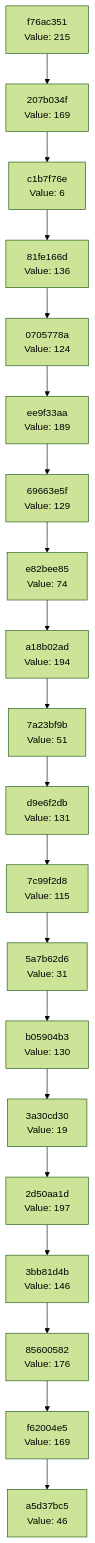
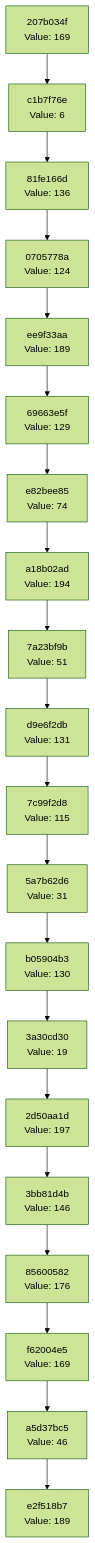
One commit to Abhisheksinha1506/hash-chain-evolver changed the diagram in docs/CHAIN_VISUALIZATION.md. Above: the diagram before and after it, drawn with Mermaid (forest theme). The commit also changed 3 other files, not shown here.

````diff
--- a/docs/CHAIN_VISUALIZATION.md
+++ b/docs/CHAIN_VISUALIZATION.md
@@ -3,42 +3,42 @@
 ```mermaid
 graph TD
-    C0["a5d37bc5<br/>Value: 46"]
-    C1["f62004e5<br/>Value: 169"]
+    C0["e2f518b7<br/>Value: 189"]
+    C1["a5d37bc5<br/>Value: 46"]
     C1 --> C0
-    C2["85600582<br/>Value: 176"]
+    C2["f62004e5<br/>Value: 169"]
     C2 --> C1
-    C3["3bb81d4b<br/>Value: 146"]
+    C3["85600582<br/>Value: 176"]
     C3 --> C2
-    C4["2d50aa1d<br/>Value: 197"]
+    C4["3bb81d4b<br/>Value: 146"]
     C4 --> C3
-    C5["3a30cd30<br/>Value: 19"]
+    C5["2d50aa1d<br/>Value: 197"]
     C5 --> C4
-    C6["b05904b3<br/>Value: 130"]
+    C6["3a30cd30<br/>Value: 19"]
     C6 --> C5
-    C7["5a7b62d6<br/>Value: 31"]
+    C7["b05904b3<br/>Value: 130"]
     C7 --> C6
-    C8["7c99f2d8<br/>Value: 115"]
+    C8["5a7b62d6<br/>Value: 31"]
     C8 --> C7
-    C9["d9e6f2db<br/>Value: 131"]
+    C9["7c99f2d8<br/>Value: 115"]
     C9 --> C8
-    C10["7a23bf9b<br/>Value: 51"]
+    C10["d9e6f2db<br/>Value: 131"]
     C10 --> C9
-    C11["a18b02ad<br/>Value: 194"]
+    C11["7a23bf9b<br/>Value: 51"]
     C11 --> C10
-    C12["e82bee85<br/>Value: 74"]
+    C12["a18b02ad<br/>Value: 194"]
     C12 --> C11
-    C13["69663e5f<br/>Value: 129"]
+    C13["e82bee85<br/>Value: 74"]
     C13 --> C12
-    C14["ee9f33aa<br/>Value: 189"]
+    C14["69663e5f<br/>Value: 129"]
     C14 --> C13
-    C15["0705778a<br/>Value: 124"]
+    C15["ee9f33aa<br/>Value: 189"]
     C15 --> C14
-    C16["81fe166d<br/>Value: 136"]
+    C16["0705778a<br/>Value: 124"]
     C16 --> C15
-    C17["c1b7f76e<br/>Value: 6"]
+    C17["81fe166d<br/>Value: 136"]
     C17 --> C16
-    C18["207b034f<br/>Value: 169"]
+    C18["c1b7f76e<br/>Value: 6"]
     C18 --> C17
-    C19["f76ac351<br/>Value: 215"]
+    C19["207b034f<br/>Value: 169"]
     C19 --> C18
 ```
````
